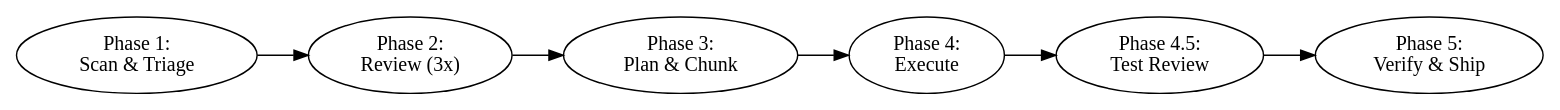
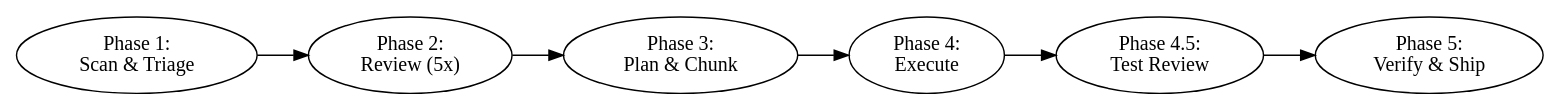
One commit to caio-silva/claude-skills changed the diagram in skills/code-improvement-orchestrator/SKILL.md. Above: the diagram before and after it, drawn with Graphviz. The commit also changed other lines of this file, not shown here.

First line of the commit message:
feat: increase minimum reviewers from 3 to 5, add continuous review rule

````diff
--- a/skills/code-improvement-orchestrator/SKILL.md
+++ b/skills/code-improvement-orchestrator/SKILL.md
@@ -40,6 +41,6 @@
 ```dot
 digraph orchestrator {
     rankdir=LR;
-    "Phase 1:\nScan & Triage" -> "Phase 2:\nReview (3x)" -> "Phase 3:\nPlan & Chunk" -> "Phase 4:\nExecute" -> "Phase 4.5:\nTest Review" -> "Phase 5:\nVerify & Ship";
+    "Phase 1:\nScan & Triage" -> "Phase 2:\nReview (5x)" -> "Phase 3:\nPlan & Chunk" -> "Phase 4:\nExecute" -> "Phase 4.5:\nTest Review" -> "Phase 5:\nVerify & Ship";
 }
 ```
````
